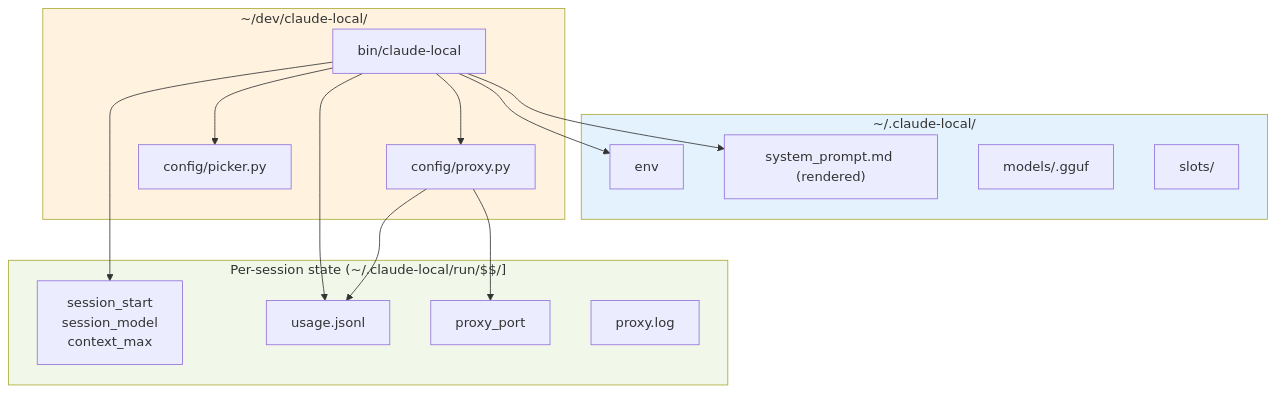
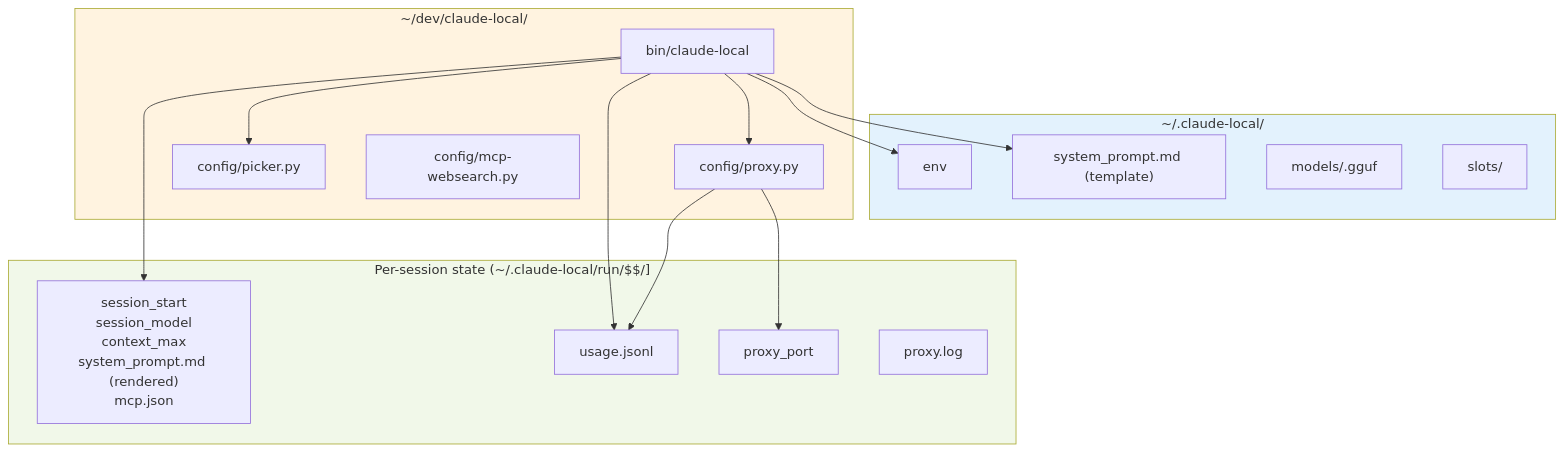
One commit to rogu3bear/claude-local changed the fifth of 5 diagrams in docs/session-lifecycle.md. Above: the diagram before and after it, drawn with Mermaid. The commit also changed 8 other files, not shown here.

````diff
--- a/docs/session-lifecycle.md
+++ b/docs/session-lifecycle.md
@@ -110,36 +110,37 @@
 ```mermaid
 flowchart TD
     subgraph session["Per-session state (~/.claude-local/run/$$/]"]
-        R["session_start<br/>session_model<br/>context_max"]
+        R["session_start<br/>session_model<br/>context_max<br/>system_prompt.md (rendered)<br/>mcp.json"]
         U["usage.jsonl"]
         PP["proxy_port"]
         PL["proxy.log"]
     end
 
     subgraph config["~/.claude-local/"]
         E["env"]
-        SP["system_prompt.md (rendered)"]
+        SP["system_prompt.md (template)"]
         M["models/<model>.gguf"]
         SL["slots/<slot0.bin>"]
     end
 
     subgraph launcher["~/dev/claude-local/"]
         LA["bin/claude-local"]
         PR["config/proxy.py"]
         PK["config/picker.py"]
+        WS["config/mcp-websearch.py"]
     end
 
     LA --> E
     LA --> SP
     LA --> PR
     LA --> PK
     LA --> R
     LA --> U
 
     PR --> U
     PR --> PP
 
     style session fill:#f1f8e9
     style config fill:#e3f2fd
     style launcher fill:#fff3e0
 ```
````
